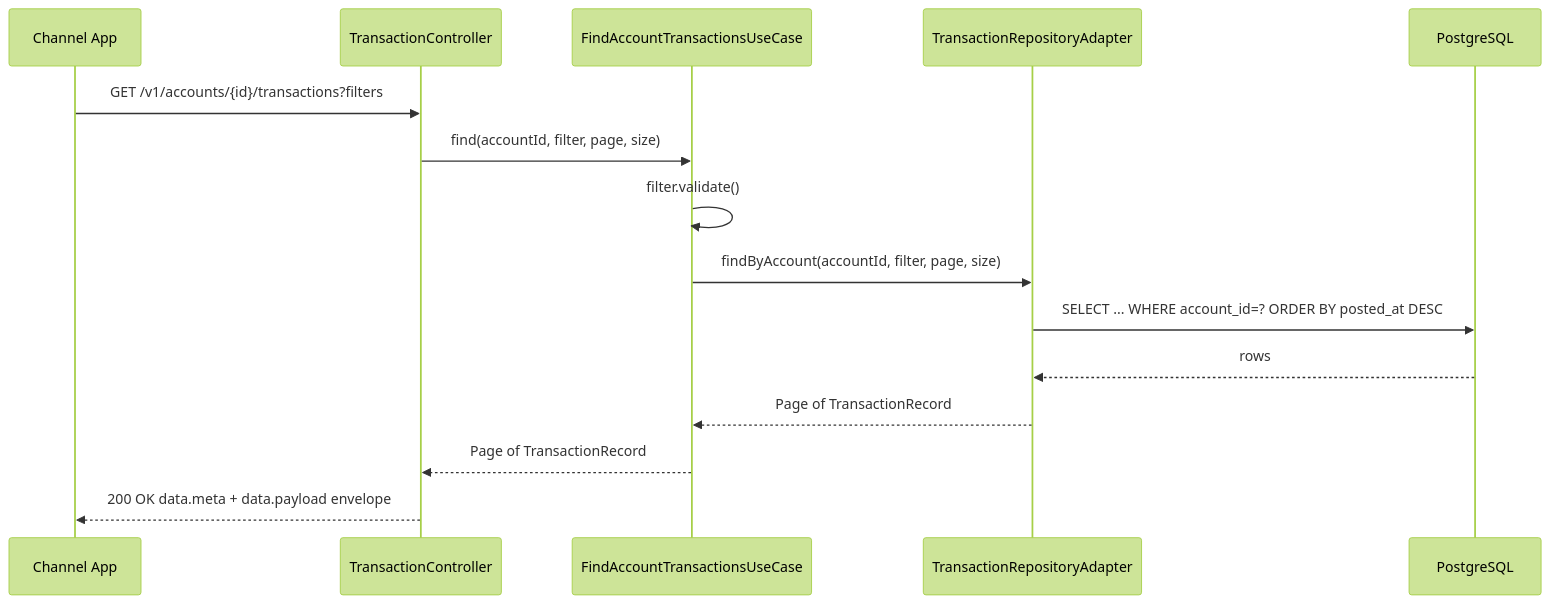
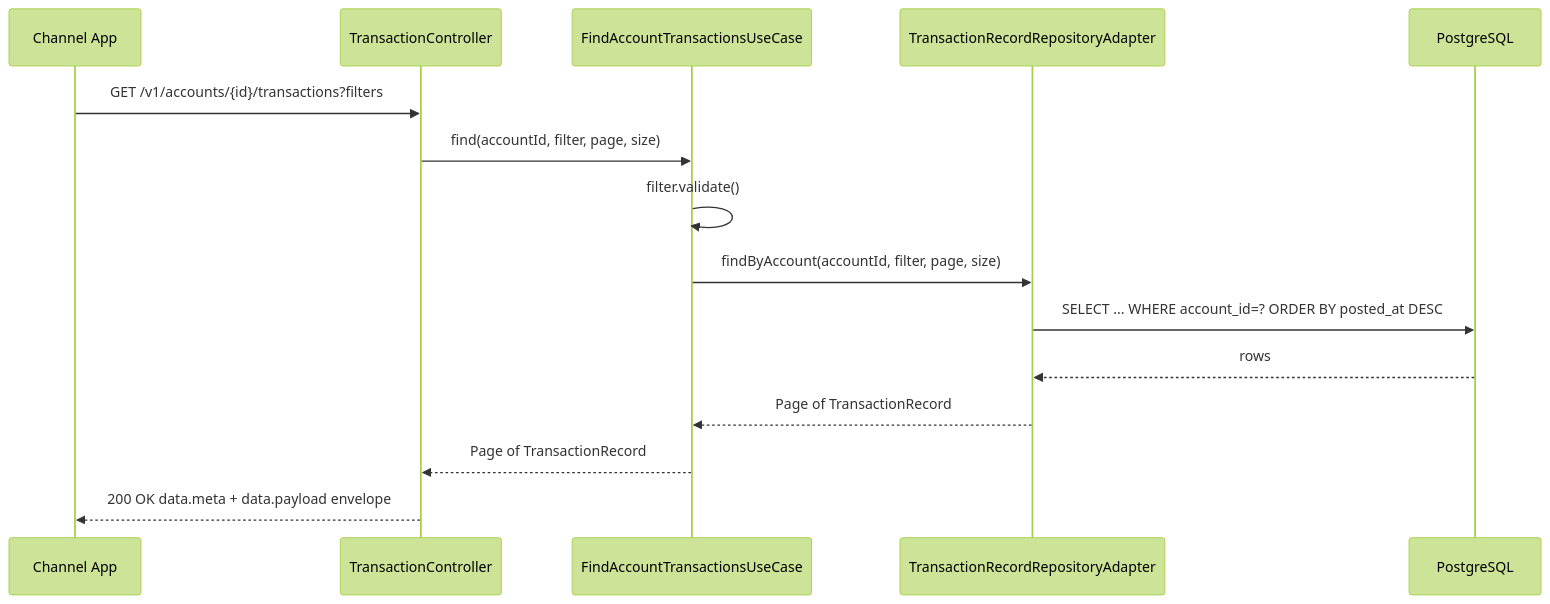
One commit to davidmillan5/transaction-log-service changed the third of 3 diagrams in README.md. Above: the diagram before and after it, drawn with Mermaid (forest theme). The commit also changed other lines of this file, not shown here.

````diff
--- a/README.md
+++ b/README.md
@@ -416,17 +468,17 @@
 ```mermaid
 sequenceDiagram
     participant C as Channel App
     participant Ctrl as TransactionController
     participant UC as FindAccountTransactionsUseCase
-    participant Repo as TransactionRepositoryAdapter
+    participant Repo as TransactionRecordRepositoryAdapter
     participant DB as PostgreSQL
     C->>Ctrl: GET /v1/accounts/{id}/transactions?filters
     Ctrl->>UC: find(accountId, filter, page, size)
     UC->>UC: filter.validate()
     UC->>Repo: findByAccount(accountId, filter, page, size)
     Repo->>DB: SELECT ... WHERE account_id=? ORDER BY posted_at DESC
     DB-->>Repo: rows
     Repo-->>UC: Page of TransactionRecord
     UC-->>Ctrl: Page of TransactionRecord
     Ctrl-->>C: 200 OK data.meta + data.payload envelope
 ```
````
